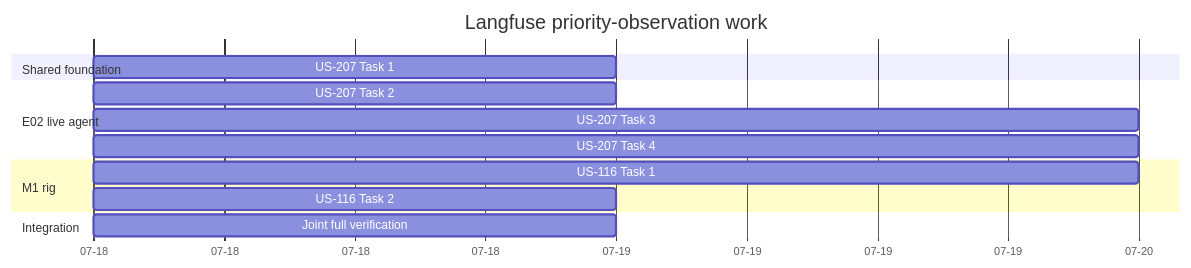
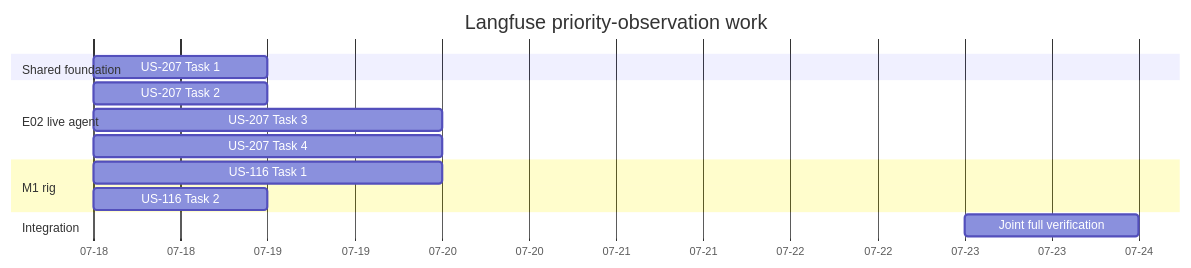
One commit to MathematicGuy/AI-Hackathon-2026 changed the diagram in docs/team/now/THANH-NOW.md. Above: the diagram before and after it, drawn with Mermaid. The commit also changed 1 other file, not shown here.

Commit message:
docs: add observation parallelism gantt

````diff
--- a/docs/team/now/THANH-NOW.md
+++ b/docs/team/now/THANH-NOW.md
@@ -3,17 +3,17 @@
 ```mermaid
 gantt
     title Langfuse priority-observation work
     dateFormat  YYYY-MM-DD
     axisFormat  %m-%d
     section Shared foundation
     US-207 Task 1: observer adapter       :a1, 2026-07-18, 1d
     section E02 live agent
     US-207 Task 2: root/API lifecycle     :a2, after a1, 1d
     US-207 Task 3: priority boundaries    :a3, after a2, 2d
     US-207 Task 4: model calls + proof    :a4, after a2, 2d
     section M1 rig
     US-116 Task 1: node observations      :m1, after a1, 2d
     US-116 Task 2: intent generations     :m2, after m1, 1d
     section Integration
-    Joint full verification               :v1, after a3, 1d
+    Joint full verification               :v1, 2026-07-23, 1d
 ```
````
